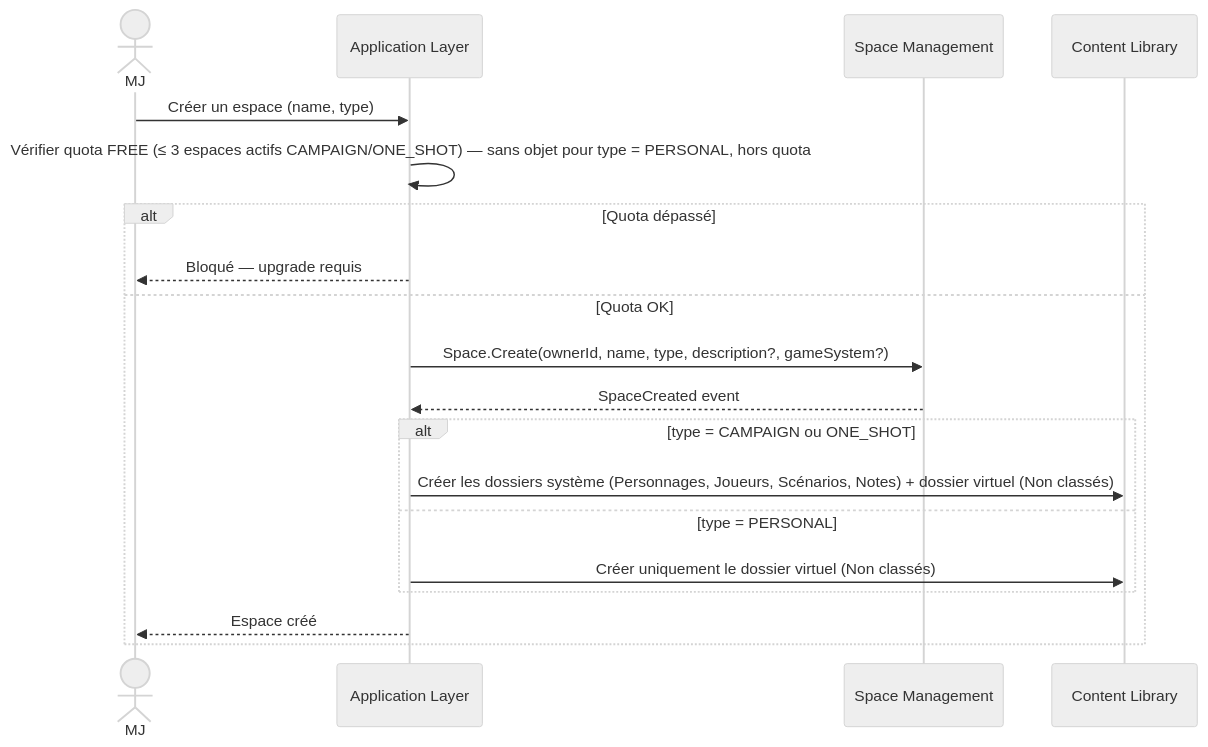
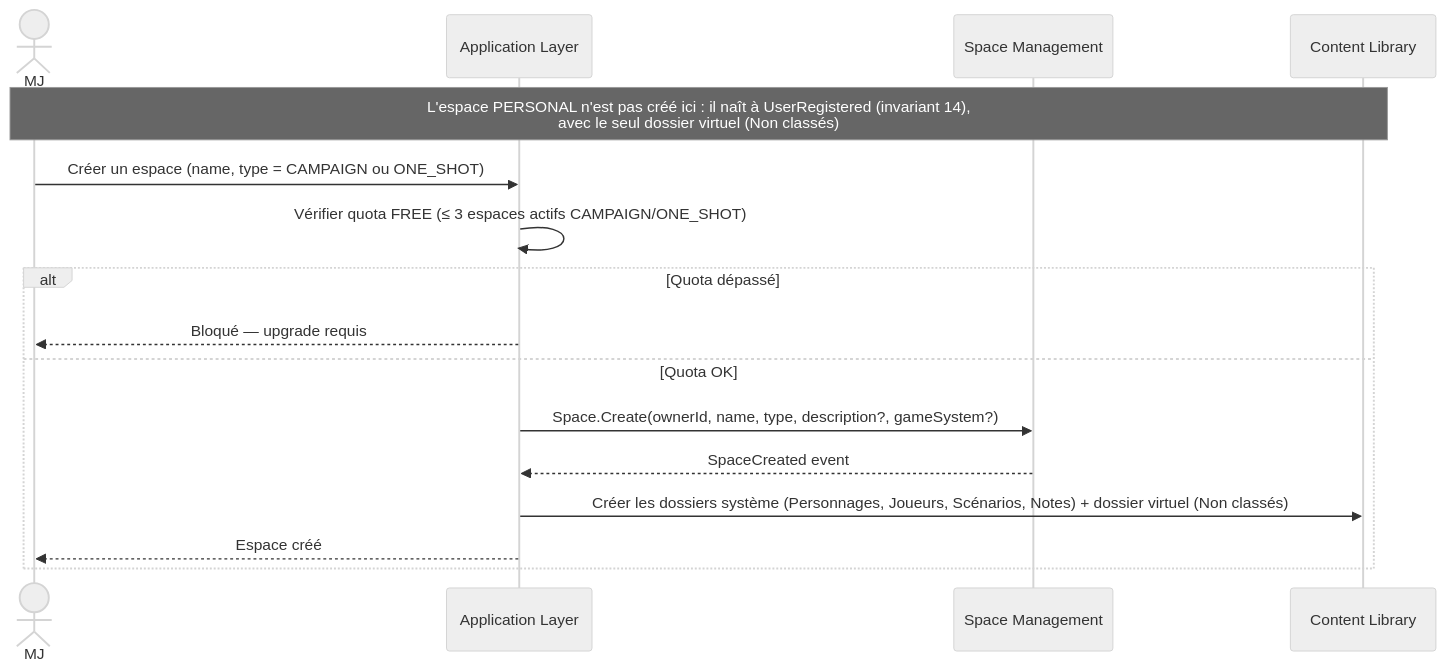
One commit to 2025-10-CDA-ECO-P6/PM-micro-saas changed the first of 7 diagrams in docs/domaine/space-management/flows.md. Above: the diagram before and after it, drawn with Mermaid (neutral theme). The commit also changed other lines of this file, not shown here.

Commit message:
docs(domaine): aligne les flux 1 et 3 de Space Management sur le besoin
Flux 1 : le MJ ne crée que des espaces CAMPAIGN ou ONE_SHOT ; l'espace
PERSONAL naît à UserRegistered (UC-02, invariant 14). Flux 3 : l'adhésion
créée en PENDING est activée par Activate(), qui émet MemberActivated
(UC-09 nominal B, catalogue des événements).

````diff
--- a/docs/domaine/space-management/flows.md
+++ b/docs/domaine/space-management/flows.md
@@ -5,22 +5,19 @@
 ```mermaid
 sequenceDiagram
     actor MJ
     participant App as Application Layer
     participant SM as Space Management
     participant CL as Content Library
 
-    MJ->>App: Créer un espace (name, type)
-    App->>App: Vérifier quota FREE (≤ 3 espaces actifs CAMPAIGN/ONE_SHOT) — sans objet pour type = PERSONAL, hors quota
+    Note over MJ,CL: L'espace PERSONAL n'est pas créé ici : il naît à UserRegistered (invariant 14),<br/>avec le seul dossier virtuel (Non classés)
+    MJ->>App: Créer un espace (name, type = CAMPAIGN ou ONE_SHOT)
+    App->>App: Vérifier quota FREE (≤ 3 espaces actifs CAMPAIGN/ONE_SHOT)
     alt Quota dépassé
         App-->>MJ: Bloqué — upgrade requis
     else Quota OK
         App->>SM: Space.Create(ownerId, name, type, description?, gameSystem?)
         SM-->>App: SpaceCreated event
-        alt type = CAMPAIGN ou ONE_SHOT
-            App->>CL: Créer les dossiers système (Personnages, Joueurs, Scénarios, Notes) + dossier virtuel (Non classés)
-        else type = PERSONAL
-            App->>CL: Créer uniquement le dossier virtuel (Non classés)
-        end
+        App->>CL: Créer les dossiers système (Personnages, Joueurs, Scénarios, Notes) + dossier virtuel (Non classés)
         App-->>MJ: Espace créé
     end
 ```
````
